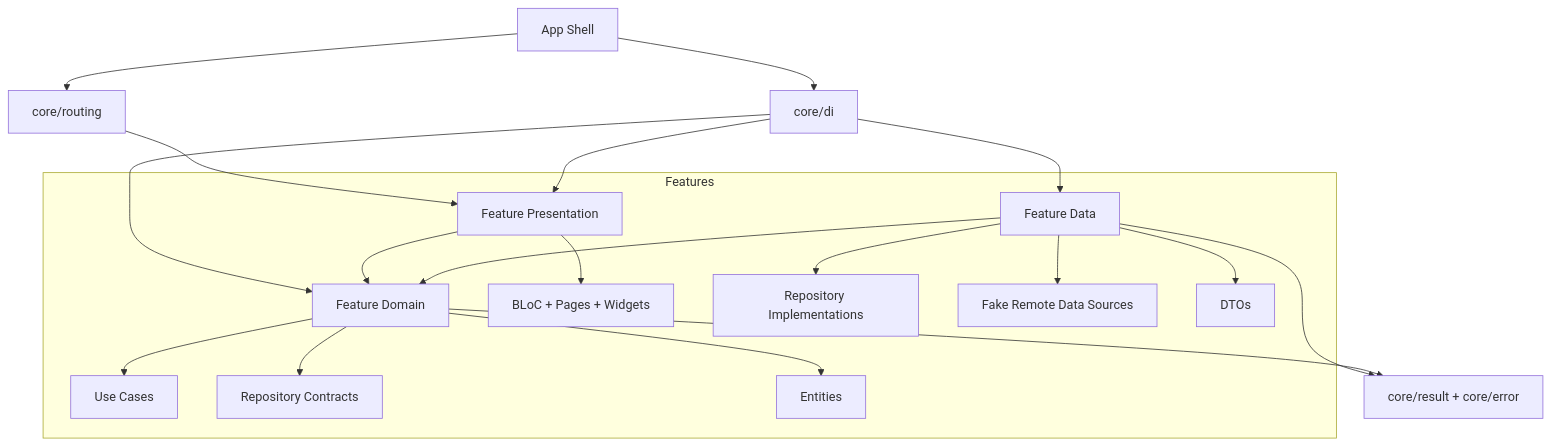
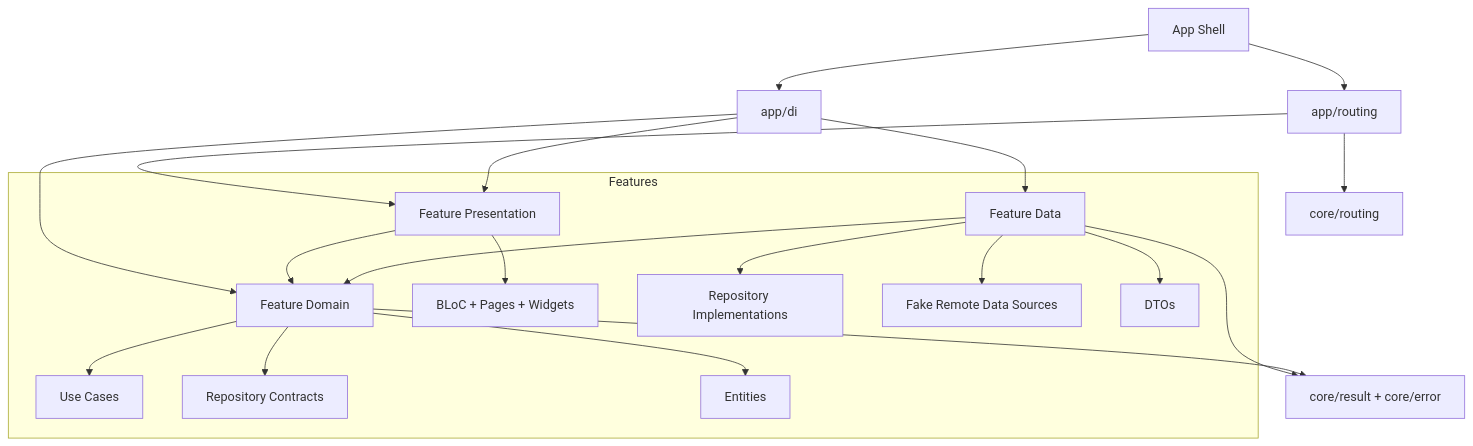
The diagram in README.md (harryhoang2202/flutter-clean-architecture-starter), drawn with Mermaid before and after one commit. The commit also changed other lines of this file and 35 other files, not shown here.

````diff
--- a/README.md
+++ b/README.md
@@ -33,23 +46,24 @@
 ```mermaid
 flowchart TB
-  App[App Shell] --> Router[core/routing]
-  App --> DI[core/di]
+  App[App Shell] --> Router[app/routing]
+  Router --> RoutingContracts[core/routing]
+  App --> DI[app/di]
   Router --> Presentation[Feature Presentation]
   DI --> Presentation
   DI --> Domain[Feature Domain]
   DI --> Data[Feature Data]
   Presentation --> Domain
   Data --> Domain
   Data --> Core[core/result + core/error]
   Domain --> Core
 
   subgraph Features
     Presentation --> Bloc[BLoC + Pages + Widgets]
     Domain --> UseCases[Use Cases]
     Domain --> Repositories[Repository Contracts]
     Domain --> Entities[Entities]
     Data --> Implementations[Repository Implementations]
     Data --> Sources[Fake Remote Data Sources]
     Data --> Dtos[DTOs]
   end
 ```
````
